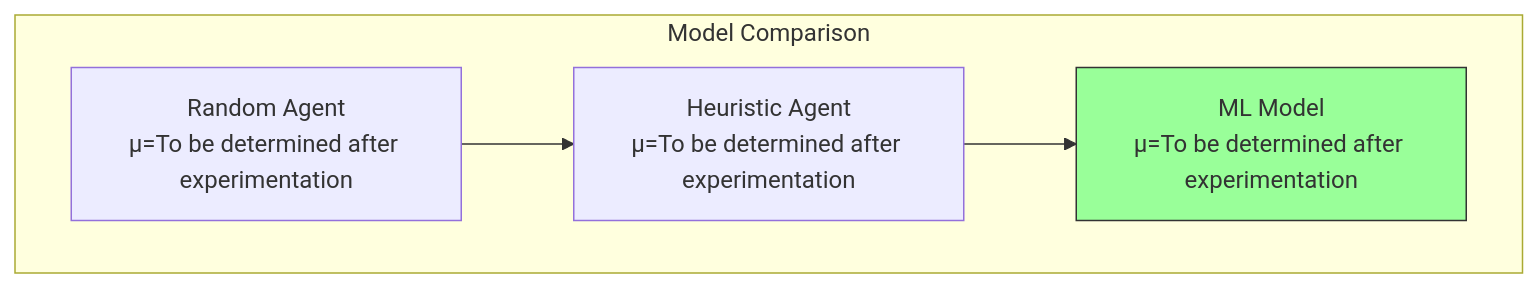
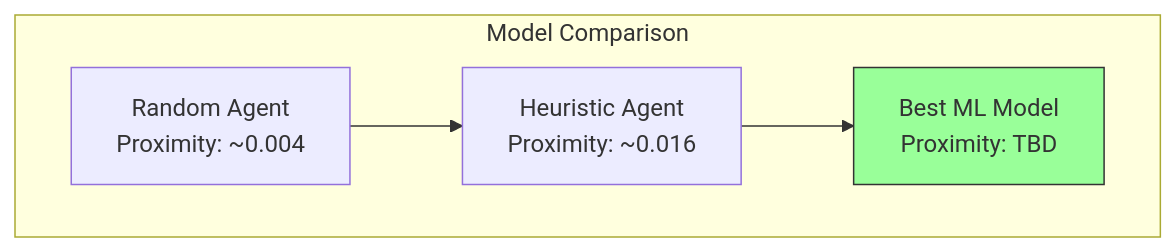
The fourth of 6 diagrams in plan/08-Research-Report/01-IMRD/03-results.md (Evintkoo/2048-ml), drawn with Mermaid before and after one commit. The commit also changed other lines of this file and 4 other files, not shown here.

````diff
--- a/plan/08-Research-Report/01-IMRD/03-results.md
+++ b/plan/08-Research-Report/01-IMRD/03-results.md
@@ -57,9 +57,9 @@
 ```mermaid
 graph TD
     subgraph "Model Comparison"
-        A[Random Agent<br/>μ=To be determined after experimentation] --> B[Heuristic Agent<br/>μ=To be determined after experimentation]
-        B --> C[ML Model<br/>μ=To be determined after experimentation]
+        A[Random Agent<br/>Proximity: ~0.004] --> B[Heuristic Agent<br/>Proximity: ~0.016]
+        B --> C[Best ML Model<br/>Proximity: TBD]
     end
     
     style C fill:#9f9,stroke:#333
 ```
````
